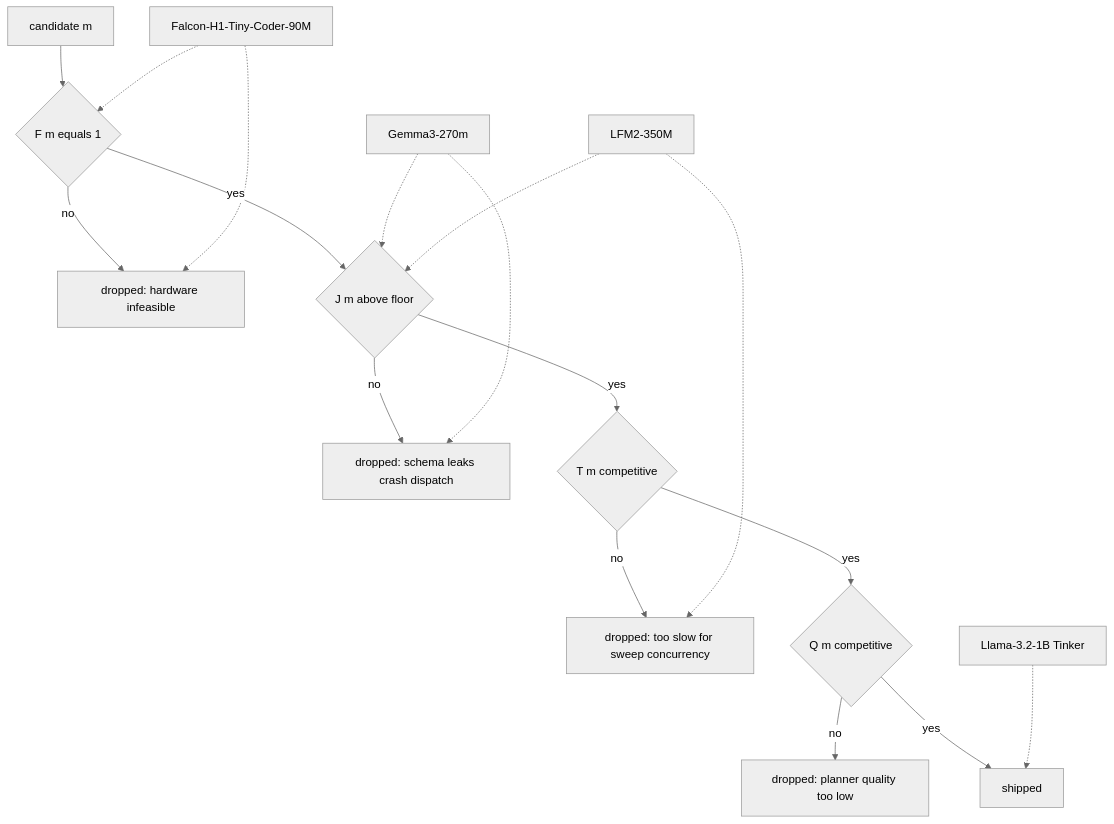
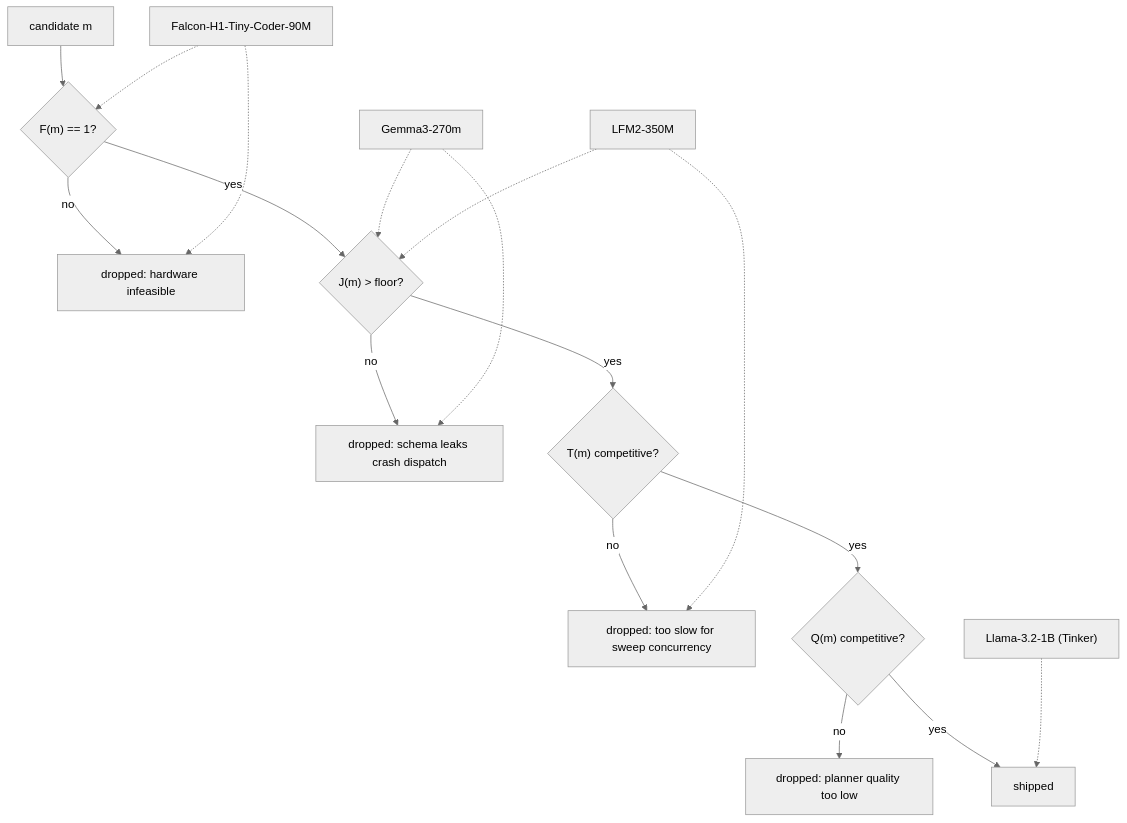
One commit to samrathchadha/perseusresearch changed the diagram in src/content/essays/planner-base-bakeoff.mdx. Above: the diagram before and after it, drawn with Mermaid (neutral theme). The commit also changed other lines of this file and 31 other files, not shown here.

````diff
--- a/src/content/essays/planner-base-bakeoff.mdx
+++ b/src/content/essays/planner-base-bakeoff.mdx
@@ -60,20 +97,20 @@
 ```mermaid
 flowchart TD
-  A["candidate m"] --> B{"F m equals 1"}
+  A["candidate m"] --> B{"F(m) == 1?"}
   B -- "no" --> X1["dropped: hardware infeasible"]
-  B -- "yes" --> C{"J m above floor"}
+  B -- "yes" --> C{"J(m) > floor?"}
   C -- "no" --> X2["dropped: schema leaks crash dispatch"]
-  C -- "yes" --> D{"T m competitive"}
+  C -- "yes" --> D{"T(m) competitive?"}
   D -- "no" --> X3["dropped: too slow for sweep concurrency"]
-  D -- "yes" --> E{"Q m competitive"}
+  D -- "yes" --> E{"Q(m) competitive?"}
   E -- "no" --> X4["dropped: planner quality too low"]
   E -- "yes" --> S["shipped"]
 
   G["Gemma3-270m"] -.-> C
   G -.-> X2
   F1["Falcon-H1-Tiny-Coder-90M"] -.-> B
   F1 -.-> X1
   L["LFM2-350M"] -.-> C
   L -.-> X3
-  T["Llama-3.2-1B Tinker"] -.-> S
+  T["Llama-3.2-1B (Tinker)"] -.-> S
 ```
````
